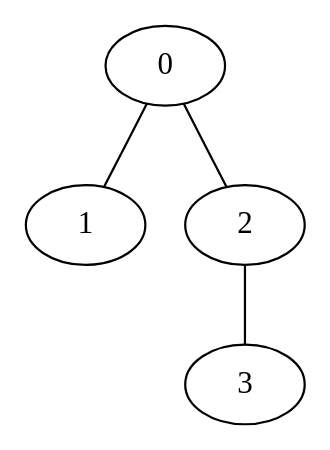
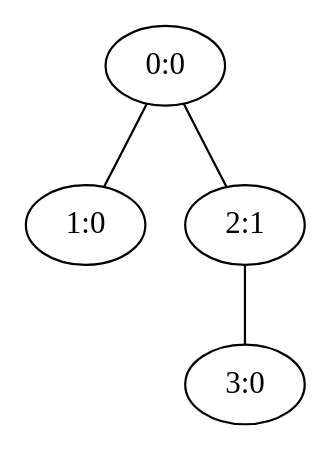
Before and after one commit to DSMishler/EBA_models: the diagram in EBA_graphviz/testrun/sim0012.dot, drawn with Graphviz. The commit also changed 63 other files, not shown here.

Commit message:
system calls, labels for graphs, bidirectional recent sends

```diff
--- a/EBA_graphviz/testrun/sim0012.dot
+++ b/EBA_graphviz/testrun/sim0012.dot
@@ -1,11 +1,11 @@
 // network test graph
 digraph
 {
-	0 []
-	1 []
-	2 []
-	3 []
+	0 [label="0:0"]
+	1 [label="1:0"]
+	2 [label="2:1"]
+	3 [label="3:0"]
 	0 -> 1 [dir=none]
 	0 -> 2 [dir=none]
 	2 -> 3 [dir=none]
 }
```
